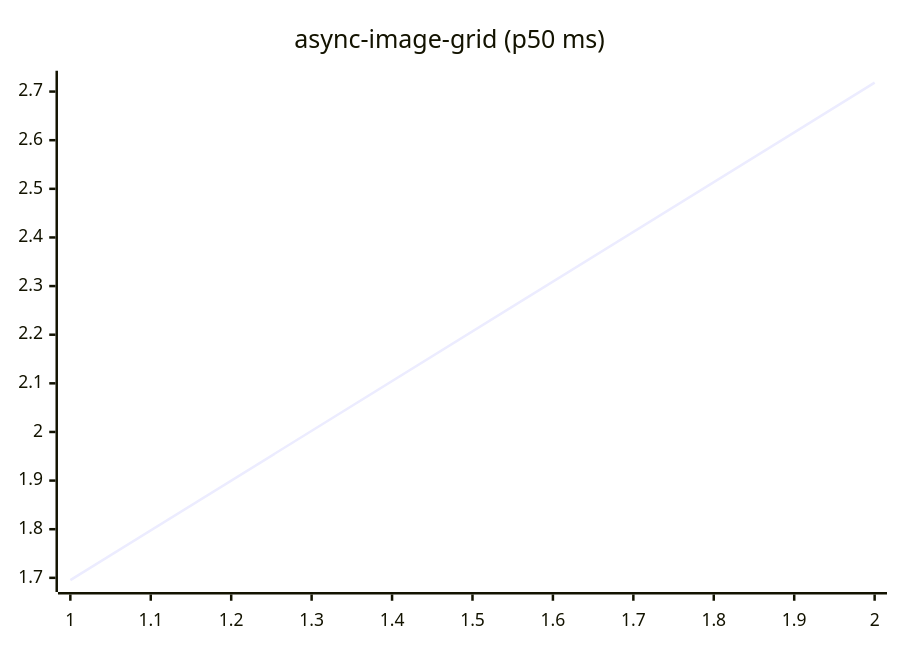
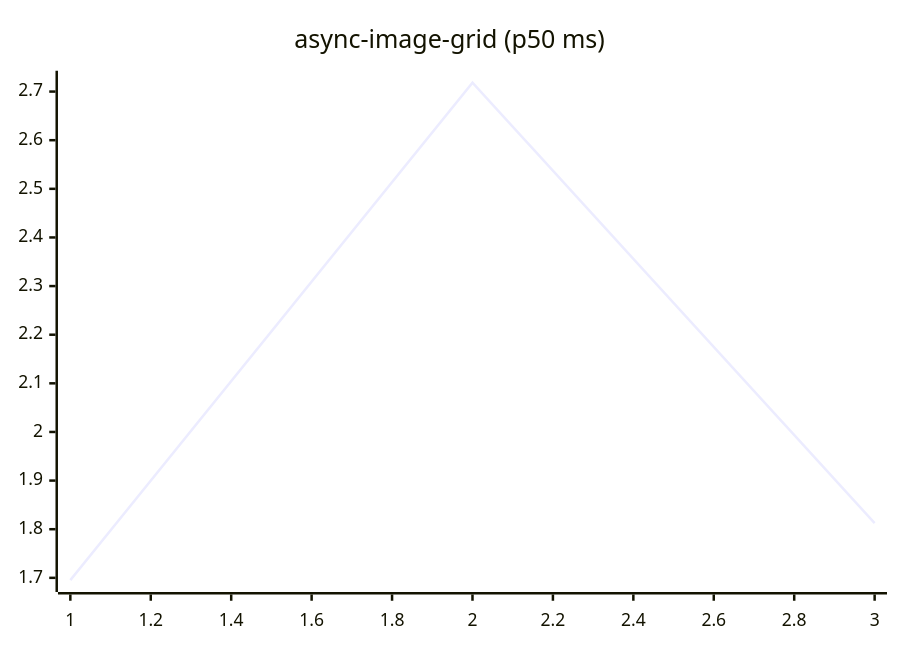
One commit to josha/Facet changed the fifth of 27 diagrams in README.md. Above: the diagram before and after it, drawn with Mermaid. The commit also changed other lines of this file and 2 other files, not shown here.

````diff
--- a/README.md
+++ b/README.md
@@ -91,6 +91,6 @@
 ```mermaid
 xychart-beta
     title "async-image-grid (p50 ms)"
-    x-axis 1 --> 2
-    line [1.6953, 2.7184]
+    x-axis 1 --> 3
+    line [1.6953, 2.7184, 1.8124]
 ```
````
